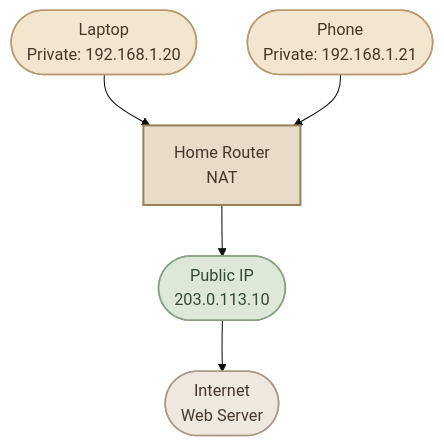
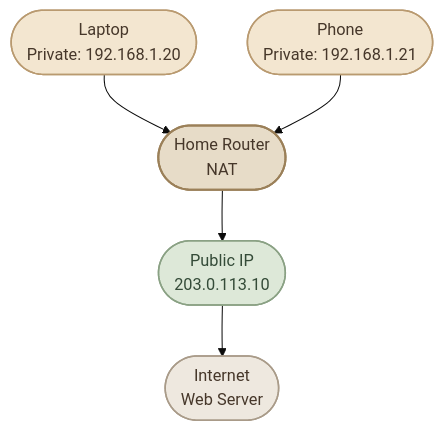
One commit to mustafammasoud/ops-handbook changed the first of 2 diagrams in content/networking/IP Addressing & Subnetting/public-vs-private-IP.mdx. Above: the diagram before and after it, drawn with Mermaid (base theme). The commit also changed other lines of this file, not shown here.

````diff
--- a/content/networking/IP Addressing & Subnetting/public-vs-private-IP.mdx
+++ b/content/networking/IP Addressing & Subnetting/public-vs-private-IP.mdx
@@ -104,23 +110,23 @@
 ```mermaid
 flowchart TD
     A([" Laptop<br/>Private: 192.168.1.20"])
     B([" Phone<br/>Private: 192.168.1.21"])
-    C[" Home Router<br/>NAT"]
+    C([" Home Router<br/>NAT"])
     D([" Public IP<br/>203.0.113.10"])
     E([" Internet<br/>Web Server"])
 
     A --> C
     B --> C
     C --> D
     D --> E
 
     classDef device fill:#F3E6D0,stroke:#B99A70,color:#46372A,stroke-width:1.5px
     classDef router fill:#E7DCC8,stroke:#9B8059,color:#46372A,stroke-width:2px
     classDef public fill:#DDE8D8,stroke:#8AA184,color:#344B38,stroke-width:1.5px
     classDef internet fill:#EEE8DF,stroke:#A99B89,color:#46372A,stroke-width:1.5px
 
     class A,B device
     class C router
     class D public
     class E internet
 ```
````
